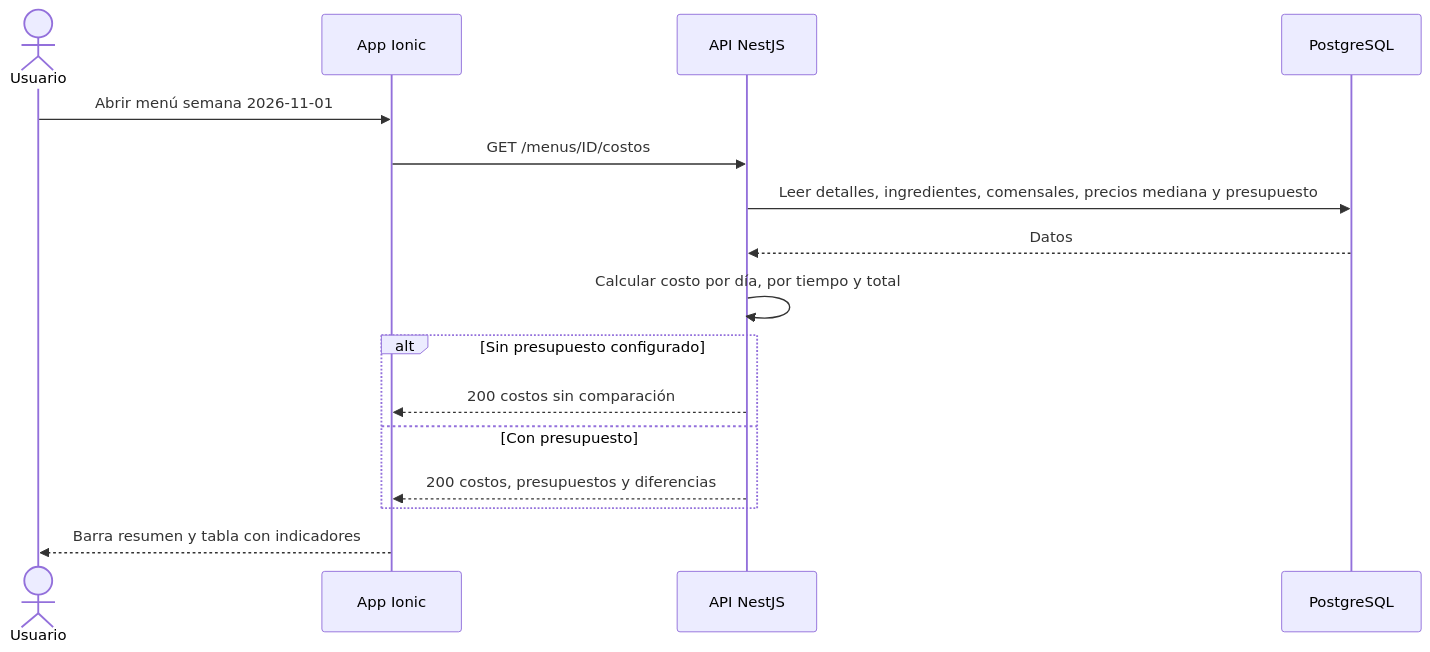
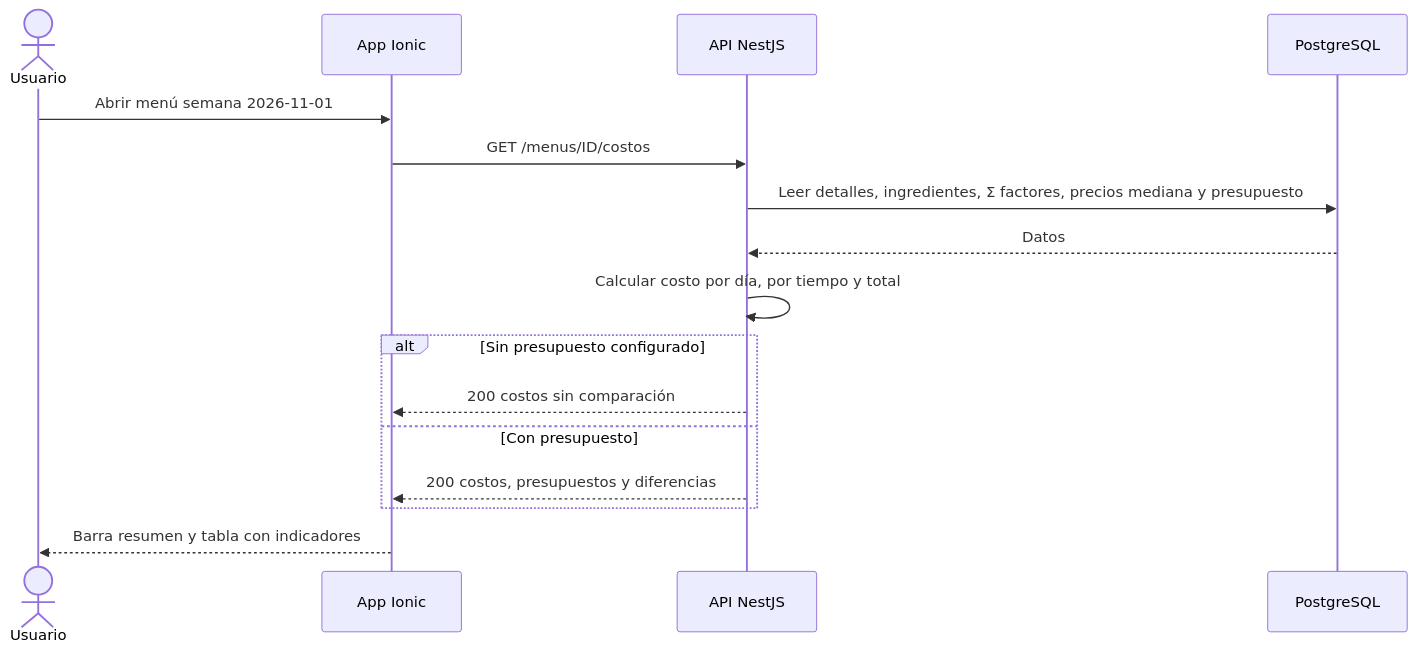
Before and after one commit to devrenerosales/App_Comidas: the eighth of 10 diagrams in docs/01-requerimientos/historias/M06-plan-semanal.md, drawn with Mermaid. The commit also changed other lines of this file and 11 other files, not shown here.

````diff
--- a/docs/01-requerimientos/historias/M06-plan-semanal.md
+++ b/docs/01-requerimientos/historias/M06-plan-semanal.md
@@ -335,18 +343,18 @@
 ```mermaid
 sequenceDiagram
   actor U as Usuario
   participant APP as App Ionic
   participant API as API NestJS
   participant DB as PostgreSQL
   U->>APP: Abrir menú semana 2026-11-01
   APP->>API: GET /menus/ID/costos
-  API->>DB: Leer detalles, ingredientes, comensales, precios mediana y presupuesto
+  API->>DB: Leer detalles, ingredientes, Σ factores, precios mediana y presupuesto
   DB-->>API: Datos
   API->>API: Calcular costo por día, por tiempo y total
   alt Sin presupuesto configurado
     API-->>APP: 200 costos sin comparación
   else Con presupuesto
     API-->>APP: 200 costos, presupuestos y diferencias
   end
   APP-->>U: Barra resumen y tabla con indicadores
 ```
````
